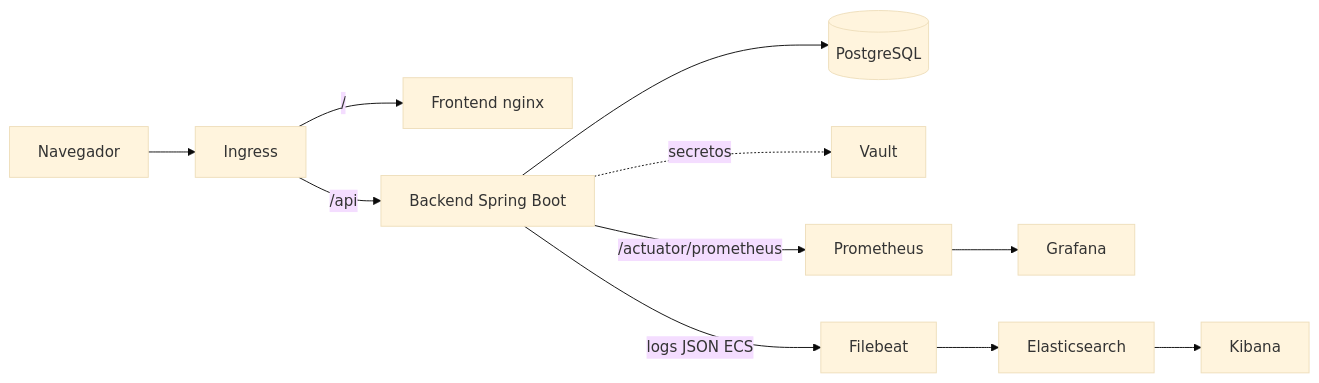
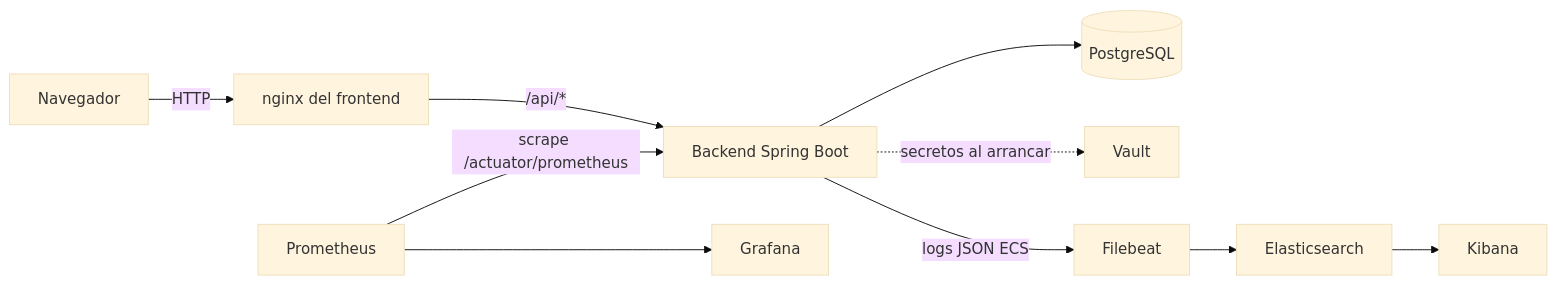
One commit to alejo11102001/orderhub changed the diagram in README.md. Above: the diagram before and after it, drawn with Mermaid (base theme). The commit also changed other lines of this file and 3 other files, not shown here.

Commit message:
docs: rewrite README and add architecture, operations and security guides

````diff
--- a/README.md
+++ b/README.md
@@ -27,10 +45,11 @@
 ```mermaid
 flowchart LR
-    U[Navegador] --> I[Ingress]
-    I -->|/| F[Frontend nginx]
-    I -->|/api| B[Backend Spring Boot]
+    U[Navegador] -->|HTTP| N[nginx del frontend]
+    N -->|/api/*| B[Backend Spring Boot]
     B --> P[(PostgreSQL)]
-    B -.secretos.-> V[Vault]
-    B -->|/actuator/prometheus| PR[Prometheus] --> G[Grafana]
-    B -->|logs JSON ECS| FB[Filebeat] --> ES[Elasticsearch] --> K[Kibana]
+    B -.->|secretos al arrancar| V[Vault]
+    PR[Prometheus] -->|scrape /actuator/prometheus| B
+    PR --> G[Grafana]
+    B -->|logs JSON ECS| FB[Filebeat]
+    FB --> ES[Elasticsearch] --> K[Kibana]
 ```
````
